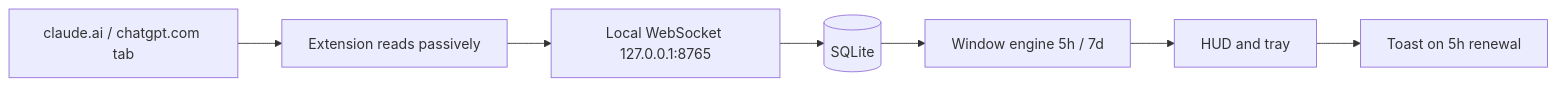
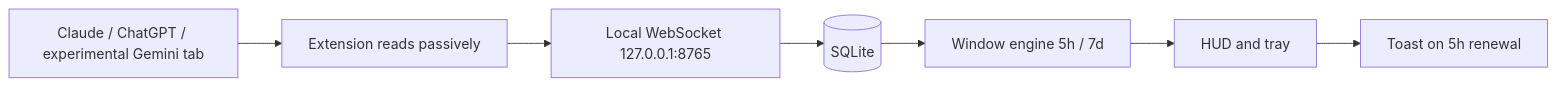
Before and after one commit to dtdias/neural-meter: the first of 3 diagrams in README.en.md, drawn with Mermaid. The commit also changed other lines of this file and 32 other files, not shown here.

````diff
--- a/README.en.md
+++ b/README.en.md
@@ -56,9 +58,9 @@
 ```mermaid
 flowchart LR
-  A["claude.ai / chatgpt.com tab"] --> B["Extension reads passively"]
+  A["Claude / ChatGPT / experimental Gemini tab"] --> B["Extension reads passively"]
   B --> C["Local WebSocket 127.0.0.1:8765"]
   C --> D[("SQLite")]
   D --> E["Window engine 5h / 7d"]
   E --> F["HUD and tray"]
   F --> G["Toast on 5h renewal"]
 ```
````
